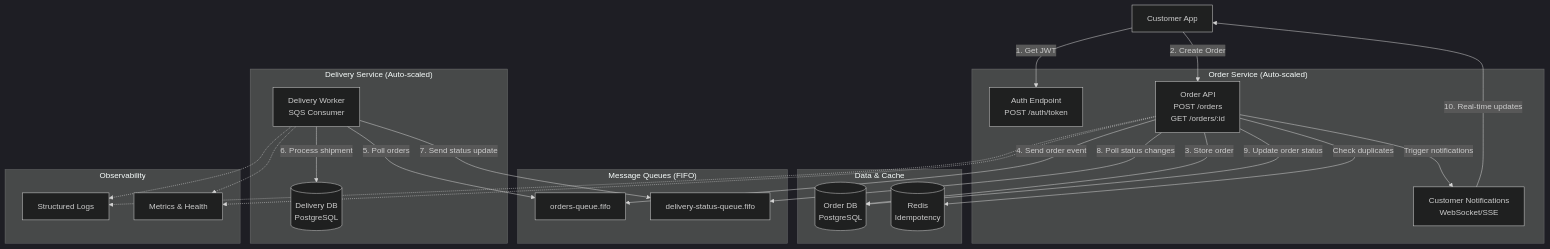
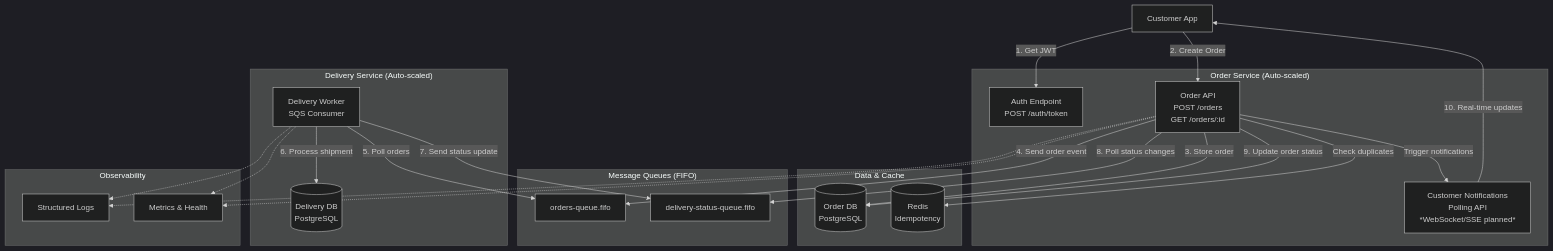
Before and after one commit to izaqyos/OrderProcessingSystemRepo: the diagram in SYSTEM_DESIGN.md, drawn with Mermaid (dark theme). The commit also changed other lines of this file and 11 other files, not shown here.

````diff
--- a/SYSTEM_DESIGN.md
+++ b/SYSTEM_DESIGN.md
@@ -49,60 +49,60 @@
 ```mermaid
 graph TB
     %% Client Layer
     C[Customer App]
     
     %% API Layer
     subgraph "Order Service (Auto-scaled)"
         AUTH[Auth Endpoint<br/>POST /auth/token]
         API[Order API<br/>POST /orders<br/>GET /orders/:id]
-        NOTIFY[Customer Notifications<br/>WebSocket/SSE]
+        NOTIFY[Customer Notifications<br/>Polling API<br/>*WebSocket/SSE planned*]
     end
     
     %% Data Layer
     subgraph "Data & Cache"
         ODB[(Order DB<br/>PostgreSQL)]
         Redis[(Redis<br/>Idempotency)]
     end
     
     %% Message Layer
     subgraph "Message Queues (FIFO)"
         OrderQ[orders-queue.fifo]
         StatusQ[delivery-status-queue.fifo]
     end
     
     %% Delivery Layer
     subgraph "Delivery Service (Auto-scaled)"
         WORKER[Delivery Worker<br/>SQS Consumer]
         DDB[(Delivery DB<br/>PostgreSQL)]
     end
     
     %% Observability (separate)
     subgraph "Observability"
         LOGS[Structured Logs]
         METRICS[Metrics & Health]
     end
     
     %% Main Flow
     C -->|1. Get JWT| AUTH
     C -->|2. Create Order| API
     API -->|Check duplicates| Redis
     API -->|3. Store order| ODB
     API -->|4. Send order event| OrderQ
     
     %% Delivery Processing
     WORKER -->|5. Poll orders| OrderQ
     WORKER -->|6. Process shipment| DDB
     WORKER -->|7. Send status update| StatusQ
     
     %% Status Updates Back to Customer
     API -->|8. Poll status changes| StatusQ
     API -->|9. Update order status| ODB
     NOTIFY -->|10. Real-time updates| C
     API -->|Trigger notifications| NOTIFY
     
     %% Observability connections (dotted)
     API -.-> LOGS
     WORKER -.-> LOGS
     API -.-> METRICS
     WORKER -.-> METRICS
 ```
````
